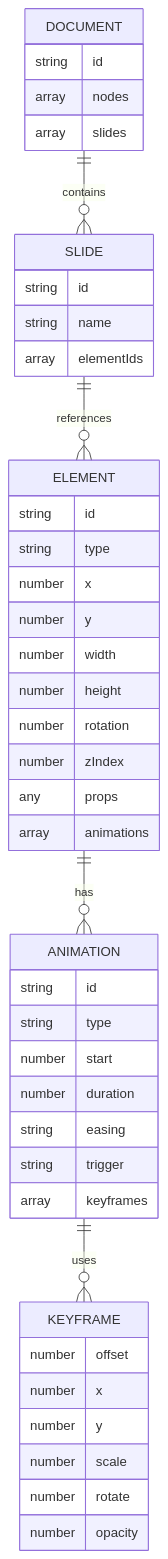
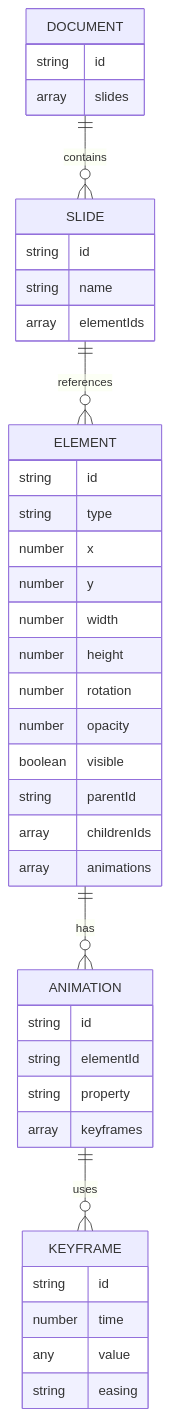
The fifth of 9 diagrams in .qoder/repowiki/en/content/Animation System/Animation System.md (Anna0314zy/ai_editor_enginer), drawn with Mermaid before and after one commit. The commit also changed other lines of this file and 41 other files, not shown here.

````diff
--- a/.qoder/repowiki/en/content/Animation System/Animation System.md
+++ b/.qoder/repowiki/en/content/Animation System/Animation System.md
@@ -191,46 +252,42 @@
 ```mermaid
 erDiagram
 DOCUMENT {
 string id
-array nodes
 array slides
 }
 SLIDE {
 string id
 string name
 array elementIds
 }
 ELEMENT {
 string id
 string type
 number x
 number y
 number width
 number height
 number rotation
-number zIndex
-any props
+number opacity
+boolean visible
+string parentId
+array childrenIds
 array animations
 }
 ANIMATION {
 string id
-string type
-number start
-number duration
-string easing
-string trigger
+string elementId
+string property
 array keyframes
 }
 KEYFRAME {
-number offset
-number x
-number y
-number scale
-number rotate
-number opacity
+string id
+number time
+any value
+string easing
 }
 DOCUMENT ||--o{ SLIDE : "contains"
 SLIDE ||--o{ ELEMENT : "references"
 ELEMENT ||--o{ ANIMATION : "has"
 ANIMATION ||--o{ KEYFRAME : "uses"
 ```
````
